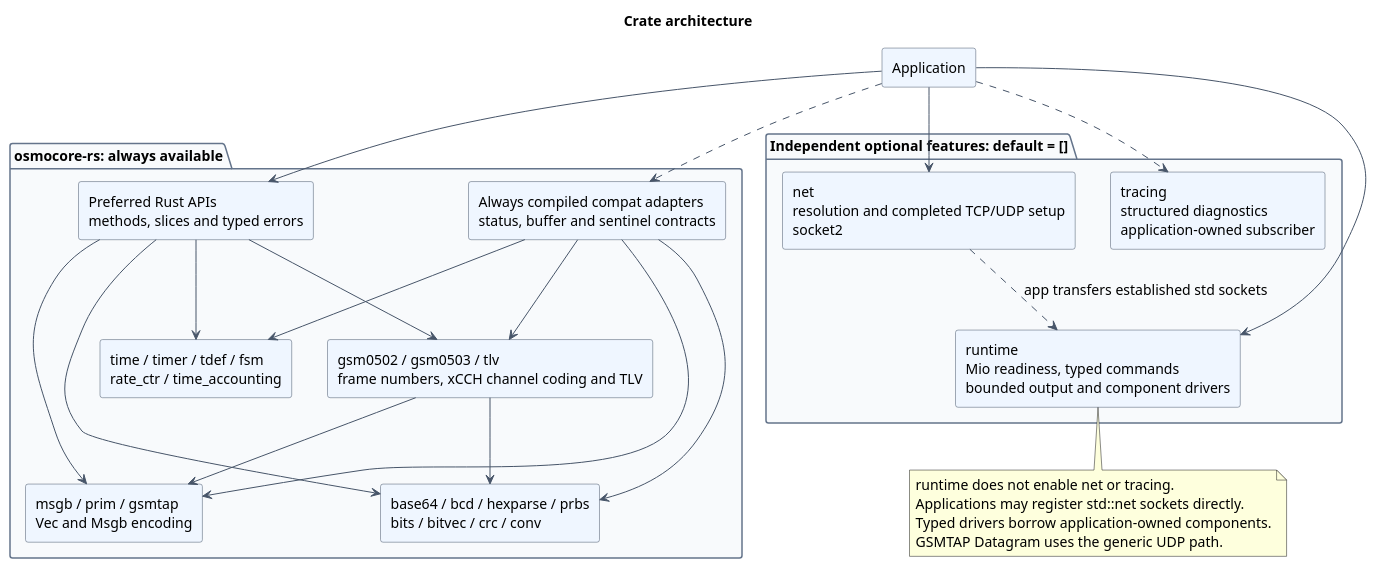
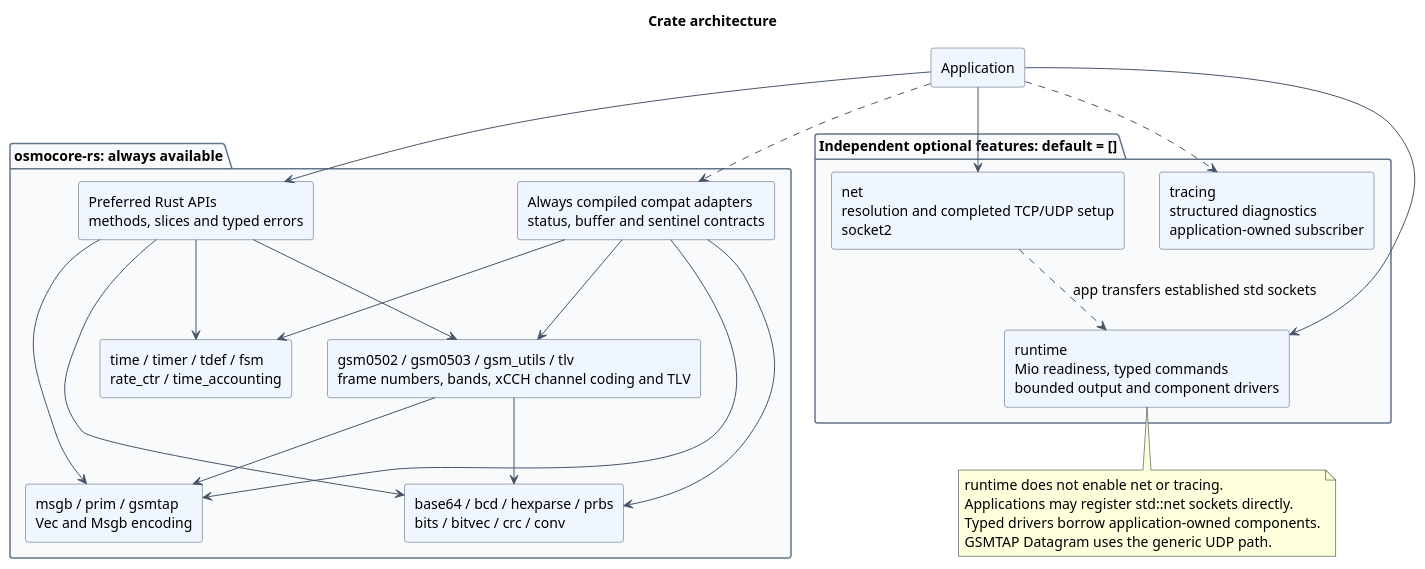
Before and after one commit to Silent-Wolf-Labs/osmocore-rs: the diagram in docs/architecture/diagrams/src/crate-architecture.puml, drawn with PlantUML. The commit also changed 8 other files, not shown here.

Commit message:
docs(gsm_utils): document numeric helpers and left-out C APIs

```diff
--- a/docs/architecture/diagrams/src/crate-architecture.puml
+++ b/docs/architecture/diagrams/src/crate-architecture.puml
@@ -1,50 +1,50 @@
 @startuml
 title Crate architecture
 skinparam backgroundColor white
 skinparam shadowing false
 skinparam componentStyle rectangle
 skinparam defaultFontName SansSerif
 skinparam defaultFontSize 14
 skinparam ArrowColor #475569
 skinparam componentBackgroundColor #EFF6FF
 skinparam componentBorderColor #475569
 skinparam packageBackgroundColor #F8FAFC
 skinparam packageBorderColor #64748B
 top to bottom direction
 component "Application" as app
 package "osmocore-rs: always available" {
 component "Preferred Rust APIs\nmethods, slices and typed errors" as preferred
 component "Always compiled compat adapters\nstatus, buffer and sentinel contracts" as compat
 component "base64 / bcd / hexparse / prbs\nbits / bitvec / crc / conv" as utilities
-component "gsm0502 / gsm0503 / tlv\nframe numbers, xCCH channel coding and TLV" as gsm
+component "gsm0502 / gsm0503 / gsm_utils / tlv\nframe numbers, bands, xCCH channel coding and TLV" as gsm
 component "msgb / prim / gsmtap\nVec and Msgb encoding" as messages
 component "time / timer / tdef / fsm\nrate_ctr / time_accounting" as components
 }
 package "Independent optional features: default = []" {
 component "net\nresolution and completed TCP/UDP setup\nsocket2" as net
 component "runtime\nMio readiness, typed commands\nbounded output and component drivers" as runtime
 component "tracing\nstructured diagnostics\napplication-owned subscriber" as tracing
 }
 app --> preferred
 app ..> compat
 preferred --> utilities
 preferred --> gsm
 preferred --> messages
 preferred --> components
 compat --> utilities
 compat --> gsm
 compat --> messages
 compat --> components
 gsm --> utilities
 gsm --> messages
 app --> net
 app --> runtime
 app ..> tracing
 net ..> runtime : app transfers established std sockets
 note bottom of runtime
 runtime does not enable net or tracing.
 Applications may register std::net sockets directly.
 Typed drivers borrow application-owned components.
 GSMTAP Datagram uses the generic UDP path.
 end note
 @enduml
```
